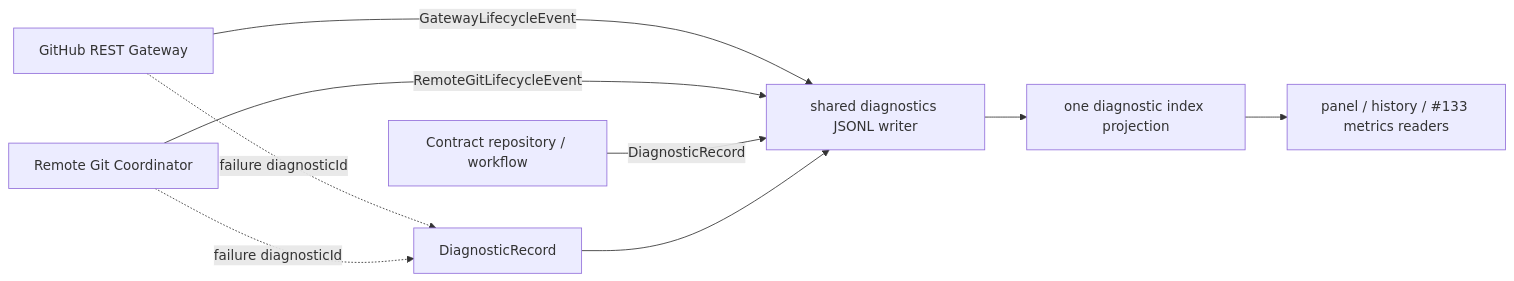
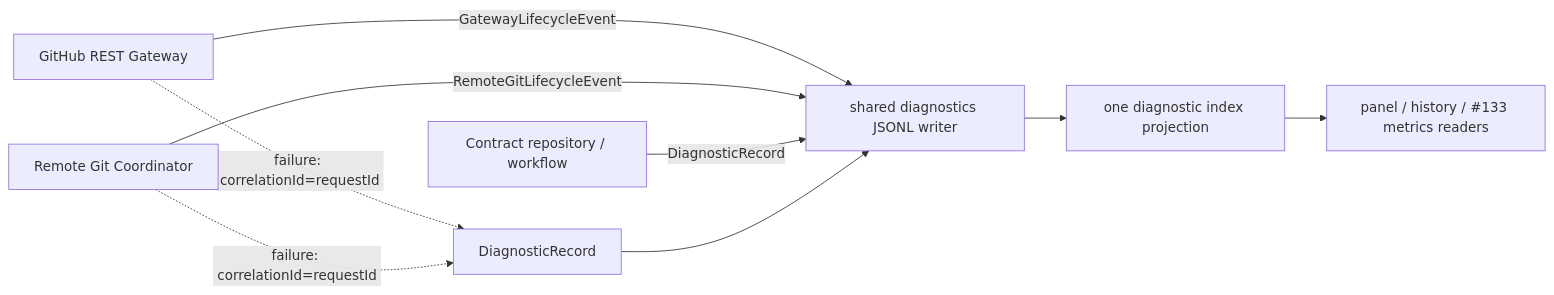
The diagram in docs/architecture/decisions/0012-work-item-contract-canonicalization-and-evidence.md (ai-daming/clickvibe), drawn with Mermaid before and after one commit. The commit also changed other lines of this file and 1 other file, not shown here.

````diff
--- a/docs/architecture/decisions/0012-work-item-contract-canonicalization-and-evidence.md
+++ b/docs/architecture/decisions/0012-work-item-contract-canonicalization-and-evidence.md
@@ -197,11 +197,11 @@
 ```mermaid
 flowchart LR
   G[GitHub REST Gateway] -->|GatewayLifecycleEvent| S[shared diagnostics JSONL writer]
   R[Remote Git Coordinator] -->|RemoteGitLifecycleEvent| S
   C[Contract repository / workflow] -->|DiagnosticRecord| S
-  G -. failure diagnosticId .-> D[DiagnosticRecord]
-  R -. failure diagnosticId .-> D
+  G -. failure: correlationId=requestId .-> D[DiagnosticRecord]
+  R -. failure: correlationId=requestId .-> D
   D --> S
   S --> I[one diagnostic index projection]
   I --> P[panel / history / #133 metrics readers]
 ```
````
